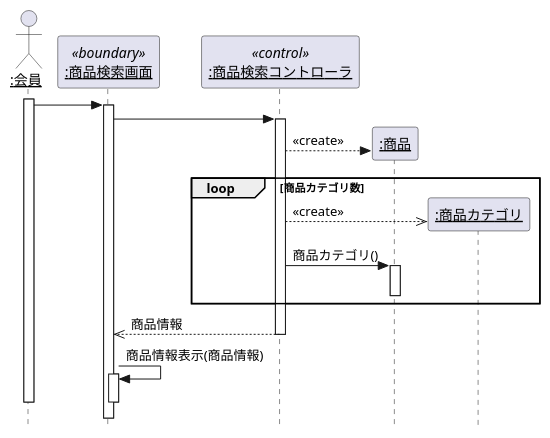
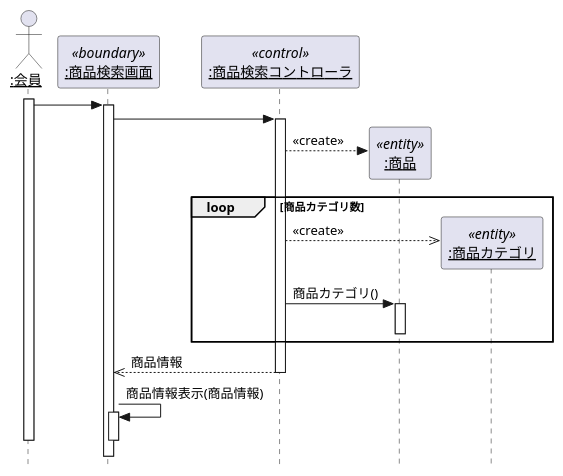
The diagram in 演習4-5_SD_商品情報検索.pu (yoshiokaharuto/uml-introduction), drawn with PlantUML before and after one commit.

Commit message:
演習4-5の生成

```diff
--- a/演習4-5_SD_商品情報検索.pu
+++ b/演習4-5_SD_商品情報検索.pu
@@ -1,32 +1,32 @@
 @startuml 演習4-5_SD_商品情報検索
 
     hide footbox
     ' autonumber /'メッセージに自動で番号を降る '/
     skinparam style strictuml /' 厳密なUMLに準拠する '/
 
     actor "<u>:会員</u>" as member
     participant "<u>:商品検索画面</u>" as search <<boundary>>
     participant "<u>:商品検索コントローラ</u>" as search2 <<control>>
 
     activate member
         member -> search
         activate search
             search -> search2
             activate search2
-                create "<u>:商品</u>" as goods
+                create "<u>:商品</u>" as goods <<entity>>
                 search2 --> goods: <<create>>
 
                     loop 商品カテゴリ数
-                    create "<u>:商品カテゴリ</u>" as category
+                    create "<u>:商品カテゴリ</u>" as category <<entity>>
                     search2 -->> category :  <<create>>
                     search2 ->  goods : 商品カテゴリ()
                         activate goods
                         deactivate goods
                     end loop 
                 search <<-- search2 :商品情報
             deactivate search2
                 search -> search : 商品情報表示(商品情報)
                 activate search
         deactivate search
     deactivate member
 @enduml
```
